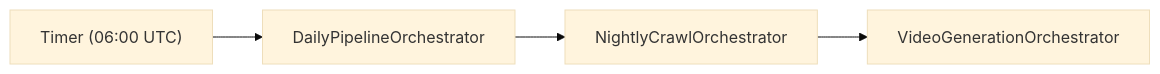
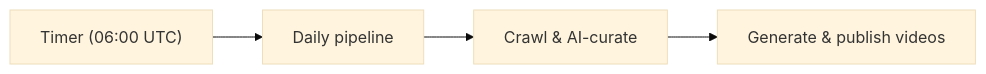
Before and after one commit to Steinklo/dev-news: the diagram in README.md, drawn with Mermaid (base theme). The commit also changed other lines of this file and 1 other file, not shown here.

````diff
--- a/README.md
+++ b/README.md
@@ -11,6 +13,6 @@
 ```mermaid
 flowchart LR
-    Timer["Timer (06:00 UTC)"] --> DP[DailyPipelineOrchestrator]
-    DP --> Crawl[NightlyCrawlOrchestrator]
-    Crawl --> Video[VideoGenerationOrchestrator]
+    Timer["Timer (06:00 UTC)"] --> DP[Daily pipeline]
+    DP --> Crawl[Crawl & AI-curate]
+    Crawl --> Video[Generate & publish videos]
 ```
````
